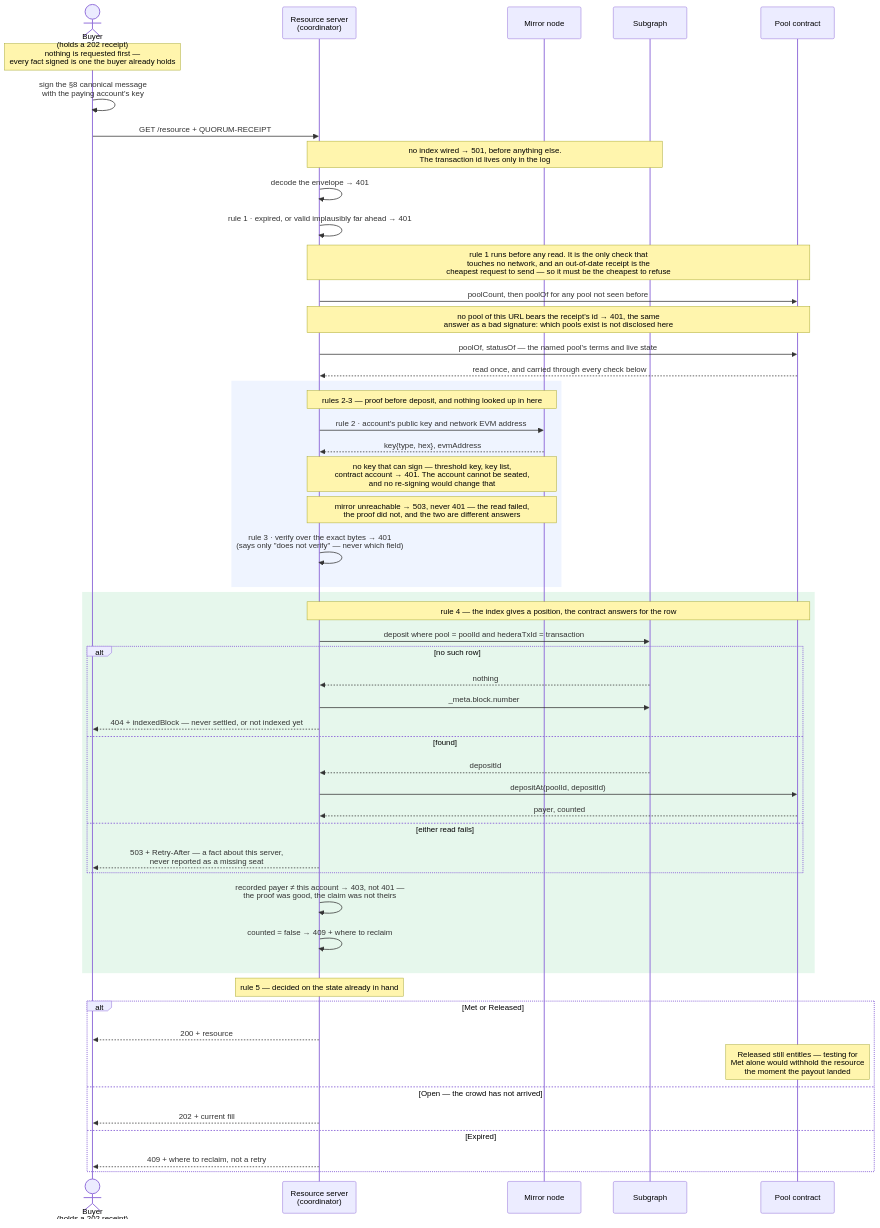
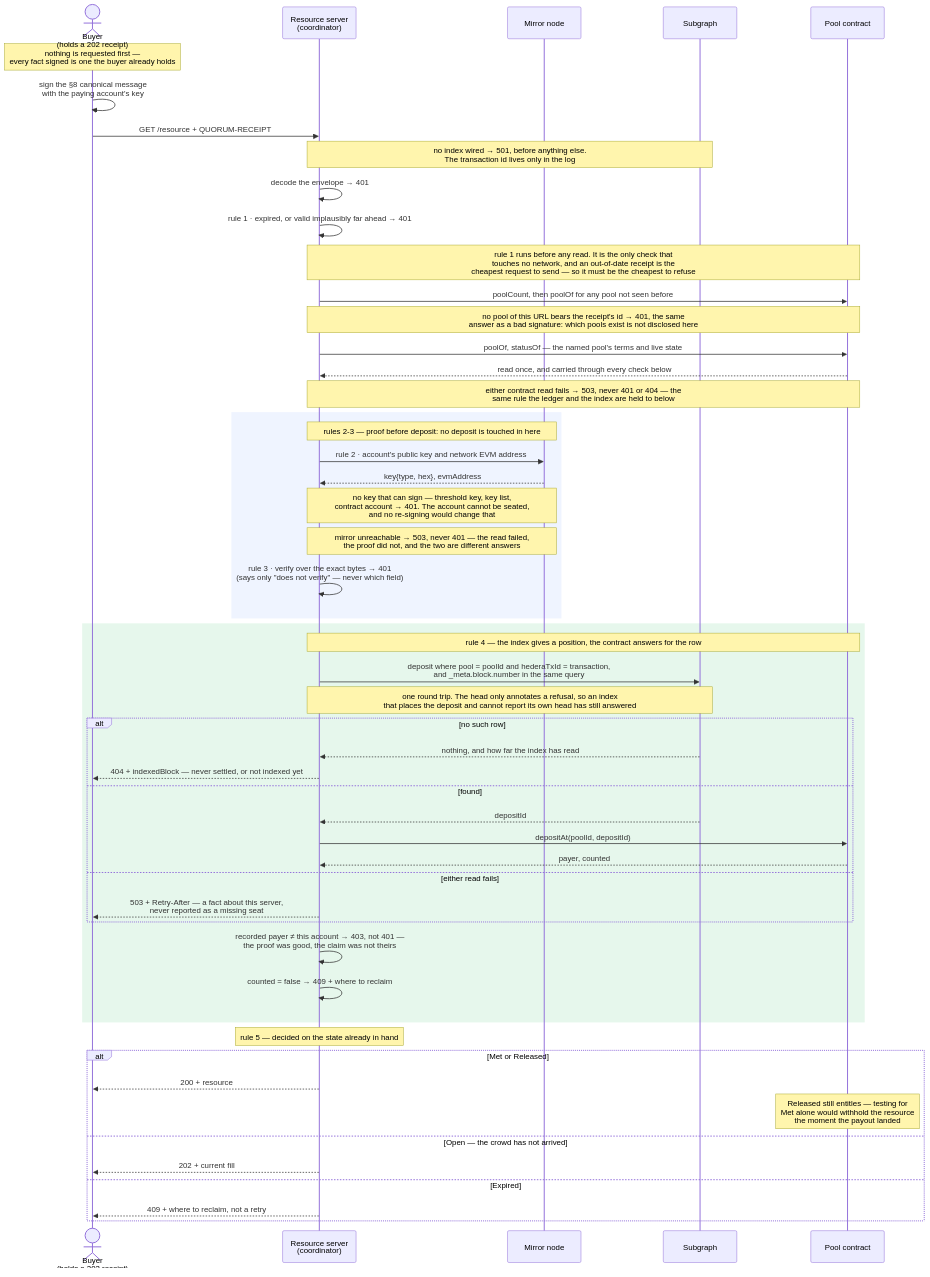
One commit to lxfoundry/quorum402 changed the second of 2 diagrams in specs/quorum-scheme.md. Above: the diagram before and after it, drawn with Mermaid. The commit also changed other lines of this file, not shown here.

Commit message:
spec(quorum): draw the 503s the prose already claimed, and stop drawing a query
§8.1 says every read on the path — the pool, the ledger, the index, the contract —
is drawn ending at 503. Two of them were not: both contract reads that resolve the
pool had no failure edge anywhere in the picture, so the paragraph was a claim
about a diagram that did not support it. The code has always refused them at 503;
only the drawing was short.

The `_meta` arrow is the opposite error — a query that no longer exists. It was
folded into the deposit query, and two commits that revisited this diagram left
the arrow standing. It now shows one round trip, and says why the head is allowed
to fail on its own.

§6 still counted the reads as "an index and a contract", which was true when it
was written and stopped being true in the same branch that amended §8.1 to four.
It now names them rather than counting them, so the next read added to the path
does not silently make it wrong again.

````diff
--- a/specs/quorum-scheme.md
+++ b/specs/quorum-scheme.md
@@ -474,58 +474,59 @@
 ```mermaid
 sequenceDiagram
     actor B as Buyer<br/>(holds a 202 receipt)
     participant RS as Resource server<br/>(coordinator)
     participant M as Mirror node
     participant G as Subgraph
     participant P as Pool contract
 
     Note over B: nothing is requested first —<br/>every fact signed is one the buyer already holds
     B->>B: sign the §8 canonical message<br/>with the paying account's key
     B->>RS: GET /resource + QUORUM-RECEIPT
 
     Note over RS,G: no index wired → 501, before anything else.<br/>The transaction id lives only in the log
     RS->>RS: decode the envelope → 401
     RS->>RS: rule 1 · expired, or valid implausibly far ahead → 401
     Note over RS,P: rule 1 runs before any read. It is the only check that<br/>touches no network, and an out-of-date receipt is the<br/>cheapest request to send — so it must be the cheapest to refuse
     RS->>P: poolCount, then poolOf for any pool not seen before
     Note over RS,P: no pool of this URL bears the receipt's id → 401, the same<br/>answer as a bad signature: which pools exist is not disclosed here
     RS->>P: poolOf, statusOf — the named pool's terms and live state
     P-->>RS: read once, and carried through every check below
+    Note over RS,P: either contract read fails → 503, never 401 or 404 — the<br/>same rule the ledger and the index are held to below
 
     rect rgba(120, 160, 255, 0.12)
-        Note over RS,M: rules 2-3 — proof before deposit, and nothing looked up in here
+        Note over RS,M: rules 2-3 — proof before deposit: no deposit is touched in here
         RS->>M: rule 2 · account's public key and network EVM address
         M-->>RS: key{type, hex}, evmAddress
         Note over RS,M: no key that can sign — threshold key, key list,<br/>contract account → 401. The account cannot be seated,<br/>and no re-signing would change that
         Note over RS,M: mirror unreachable → 503, never 401 — the read failed,<br/>the proof did not, and the two are different answers
         RS->>RS: rule 3 · verify over the exact bytes → 401<br/>(says only "does not verify" — never which field)
     end
 
     rect rgba(80, 200, 120, 0.14)
         Note over RS,P: rule 4 — the index gives a position, the contract answers for the row
-        RS->>G: deposit where pool = poolId and hederaTxId = transaction
+        RS->>G: deposit where pool = poolId and hederaTxId = transaction,<br/>and _meta.block.number in the same query
+        Note over RS,G: one round trip. The head only annotates a refusal, so an index<br/>that places the deposit and cannot report its own head has still answered
         alt no such row
-            G-->>RS: nothing
-            RS->>G: _meta.block.number
+            G-->>RS: nothing, and how far the index has read
             RS-->>B: 404 + indexedBlock — never settled, or not indexed yet
         else found
             G-->>RS: depositId
             RS->>P: depositAt(poolId, depositId)
             P-->>RS: payer, counted
         else either read fails
             RS-->>B: 503 + Retry-After — a fact about this server,<br/>never reported as a missing seat
         end
         RS->>RS: recorded payer ≠ this account → 403, not 401 —<br/>the proof was good, the claim was not theirs
         RS->>RS: counted = false → 409 + where to reclaim
     end
 
     Note over RS: rule 5 — decided on the state already in hand
     alt Met or Released
         RS-->>B: 200 + resource
         Note over P: Released still entitles — testing for<br/>Met alone would withhold the resource<br/>the moment the payout landed
     else Open — the crowd has not arrived
         RS-->>B: 202 + current fill
     else Expired
         RS-->>B: 409 + where to reclaim, not a retry
     end
 ```
````
